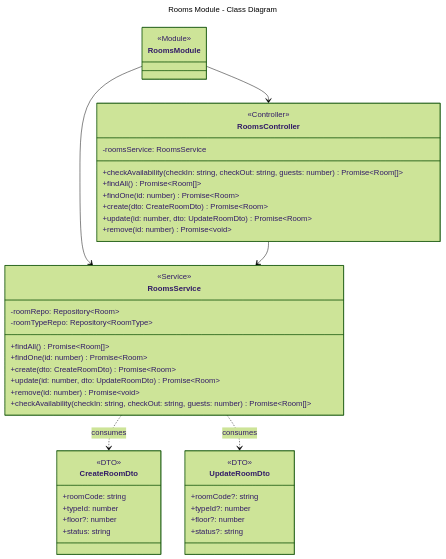
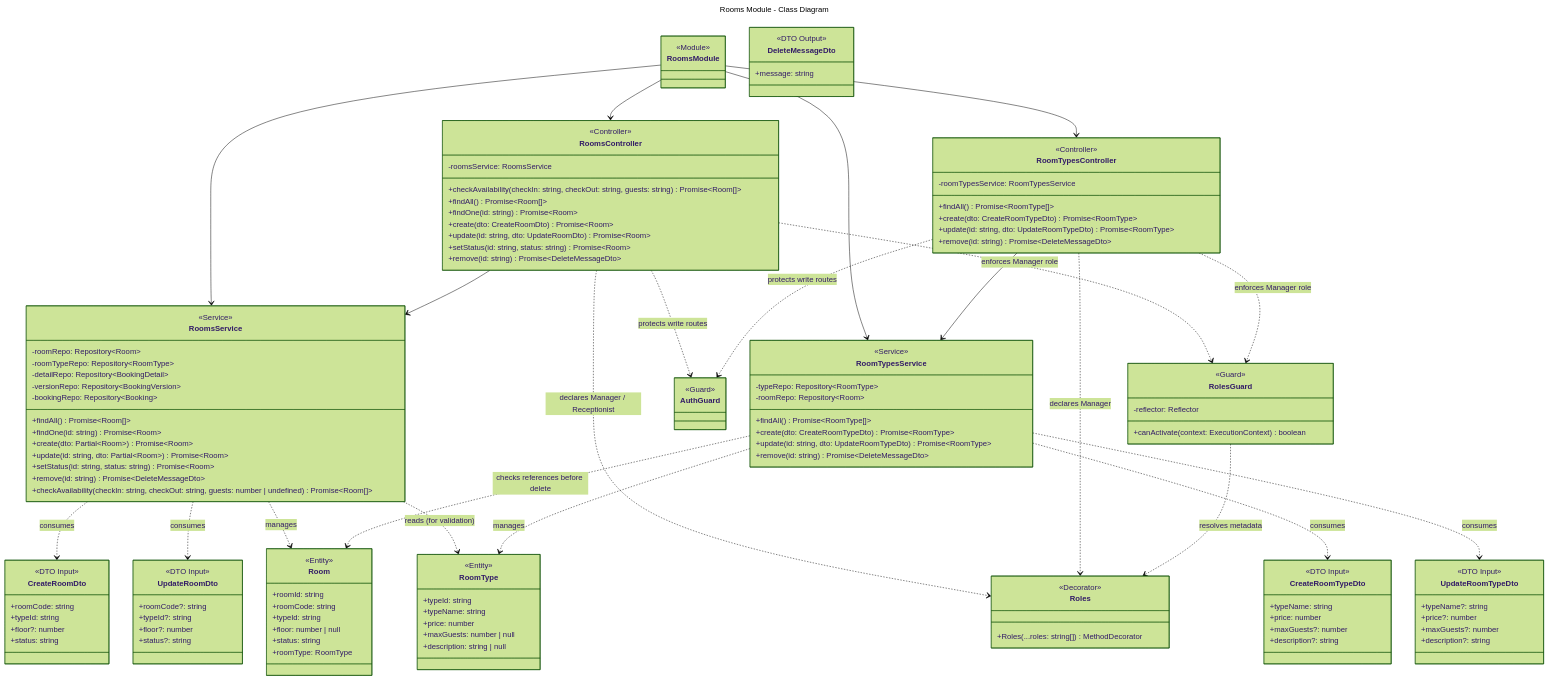
The diagram in docs/modules/rooms/class.mmd (Notimemech/HotelHubManagement), drawn with Mermaid (forest theme) before and after one commit. The commit also changed 29 other files, not shown here.

```diff
--- a/docs/modules/rooms/class.mmd
+++ b/docs/modules/rooms/class.mmd
@@ -1,52 +1,147 @@
 ---
 title: Rooms Module - Class Diagram
 ---
 classDiagram
     class RoomsModule {
         <<Module>>
     }
 
     class RoomsController {
         <<Controller>>
         -roomsService: RoomsService
-        +checkAvailability(checkIn: string, checkOut: string, guests: number) Promise~Room[]~
+        +checkAvailability(checkIn: string, checkOut: string, guests: string) Promise~Room[]~
         +findAll() Promise~Room[]~
-        +findOne(id: number) Promise~Room~
+        +findOne(id: string) Promise~Room~
         +create(dto: CreateRoomDto) Promise~Room~
-        +update(id: number, dto: UpdateRoomDto) Promise~Room~
-        +remove(id: number) Promise~void~
+        +update(id: string, dto: UpdateRoomDto) Promise~Room~
+        +setStatus(id: string, status: string) Promise~Room~
+        +remove(id: string) Promise~DeleteMessageDto~
+    }
+
+    class RoomTypesController {
+        <<Controller>>
+        -roomTypesService: RoomTypesService
+        +findAll() Promise~RoomType[]~
+        +create(dto: CreateRoomTypeDto) Promise~RoomType~
+        +update(id: string, dto: UpdateRoomTypeDto) Promise~RoomType~
+        +remove(id: string) Promise~DeleteMessageDto~
     }
 
     class RoomsService {
         <<Service>>
         -roomRepo: Repository~Room~
         -roomTypeRepo: Repository~RoomType~
+        -detailRepo: Repository~BookingDetail~
+        -versionRepo: Repository~BookingVersion~
+        -bookingRepo: Repository~Booking~
         +findAll() Promise~Room[]~
-        +findOne(id: number) Promise~Room~
-        +create(dto: CreateRoomDto) Promise~Room~
-        +update(id: number, dto: UpdateRoomDto) Promise~Room~
-        +remove(id: number) Promise~void~
-        +checkAvailability(checkIn: string, checkOut: string, guests: number) Promise~Room[]~
+        +findOne(id: string) Promise~Room~
+        +create(dto: Partial~Room~) Promise~Room~
+        +update(id: string, dto: Partial~Room~) Promise~Room~
+        +setStatus(id: string, status: string) Promise~Room~
+        +remove(id: string) Promise~DeleteMessageDto~
+        +checkAvailability(checkIn: string, checkOut: string, guests: number | undefined) Promise~Room[]~
+    }
+
+    class RoomTypesService {
+        <<Service>>
+        -typeRepo: Repository~RoomType~
+        -roomRepo: Repository~Room~
+        +findAll() Promise~RoomType[]~
+        +create(dto: CreateRoomTypeDto) Promise~RoomType~
+        +update(id: string, dto: UpdateRoomTypeDto) Promise~RoomType~
+        +remove(id: string) Promise~DeleteMessageDto~
+    }
+
+    class AuthGuard {
+        <<Guard>>
+    }
+
+    class RolesGuard {
+        <<Guard>>
+        -reflector: Reflector
+        +canActivate(context: ExecutionContext) boolean
+    }
+
+    class Roles {
+        <<Decorator>>
+        +Roles(...roles: string[]) MethodDecorator
     }
 
     class CreateRoomDto {
-        <<DTO>>
+        <<DTO Input>>
         +roomCode: string
-        +typeId: number
+        +typeId: string
         +floor?: number
         +status: string
     }
 
     class UpdateRoomDto {
-        <<DTO>>
+        <<DTO Input>>
         +roomCode?: string
-        +typeId?: number
+        +typeId?: string
         +floor?: number
         +status?: string
     }
 
+    class CreateRoomTypeDto {
+        <<DTO Input>>
+        +typeName: string
+        +price: number
+        +maxGuests?: number
+        +description?: string
+    }
+
+    class UpdateRoomTypeDto {
+        <<DTO Input>>
+        +typeName?: string
+        +price?: number
+        +maxGuests?: number
+        +description?: string
+    }
+
+    class DeleteMessageDto {
+        <<DTO Output>>
+        +message: string
+    }
+
+    class Room {
+        <<Entity>>
+        +roomId: string
+        +roomCode: string
+        +typeId: string
+        +floor: number | null
+        +status: string
+        +roomType: RoomType
+    }
+
+    class RoomType {
+        <<Entity>>
+        +typeId: string
+        +typeName: string
+        +price: number
+        +maxGuests: number | null
+        +description: string | null
+    }
+
     RoomsModule --> RoomsController
+    RoomsModule --> RoomTypesController
     RoomsModule --> RoomsService
+    RoomsModule --> RoomTypesService
     RoomsController --> RoomsService
+    RoomTypesController --> RoomTypesService
+    RoomsController ..> AuthGuard : protects write routes
+    RoomsController ..> RolesGuard : enforces Manager role
+    RoomTypesController ..> AuthGuard : protects write routes
+    RoomTypesController ..> RolesGuard : enforces Manager role
+    RoomsController ..> Roles : declares Manager / Receptionist
+    RoomTypesController ..> Roles : declares Manager
     RoomsService ..> CreateRoomDto : consumes
     RoomsService ..> UpdateRoomDto : consumes
+    RoomTypesService ..> CreateRoomTypeDto : consumes
+    RoomTypesService ..> UpdateRoomTypeDto : consumes
+    RoomsService ..> Room : manages
+    RoomsService ..> RoomType : reads (for validation)
+    RoomTypesService ..> RoomType : manages
+    RoomTypesService ..> Room : checks references before delete
+    RolesGuard ..> Roles : resolves metadata
```
